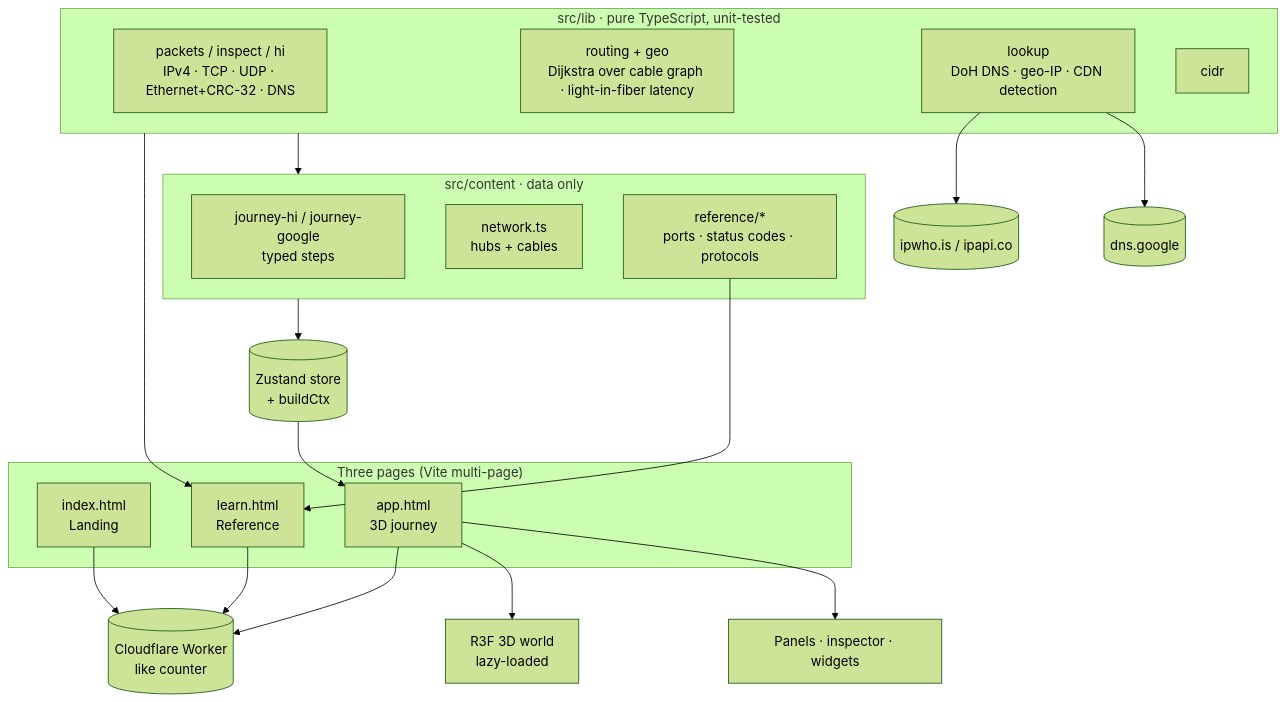
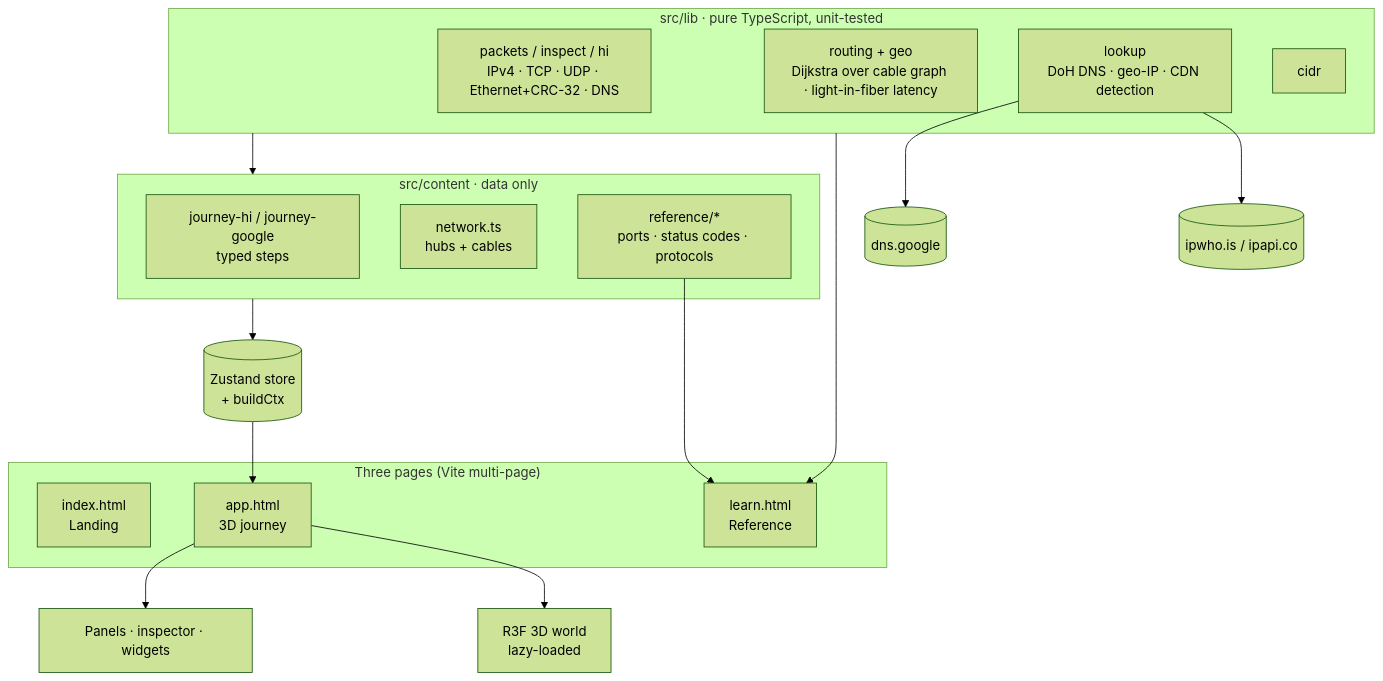
Before and after one commit to Karthik-099/packet-journey-3d: the first of 2 diagrams in README.md, drawn with Mermaid (forest theme). The commit also changed other lines of this file and 16 other files, not shown here.

First line of the commit message:
Remove like button and its Cloudflare Worker

````diff
--- a/README.md
+++ b/README.md
@@ -43,31 +43,29 @@
 ```mermaid
 flowchart TB
   subgraph pages["Three pages (Vite multi-page)"]
     L[index.html<br/>Landing]
     A[app.html<br/>3D journey]
     D[learn.html<br/>Reference]
   end
   subgraph lib["src/lib · pure TypeScript, unit-tested"]
     P[packets / inspect / hi<br/>IPv4 · TCP · UDP · Ethernet+CRC-32 · DNS]
     R[routing + geo<br/>Dijkstra over cable graph · light-in-fiber latency]
     K[lookup<br/>DoH DNS · geo-IP · CDN detection]
     C[cidr]
   end
   subgraph content["src/content · data only"]
     J[journey-hi / journey-google<br/>typed steps]
     N[network.ts<br/>hubs + cables]
     REF[reference/*<br/>ports · status codes · protocols]
   end
   S[(Zustand store<br/>+ buildCtx)]
   ext1[(dns.google)]
   ext2[(ipwho.is / ipapi.co)]
-  ext3[(Cloudflare Worker<br/>like counter)]
   lib --> content --> S
   K --> ext1 & ext2
   S --> A
   A --> UI[Panels · inspector · widgets]
   A --> W[R3F 3D world<br/>lazy-loaded]
   REF --> D
   lib --> D
-  L & D & A --> ext3
 ```
````
